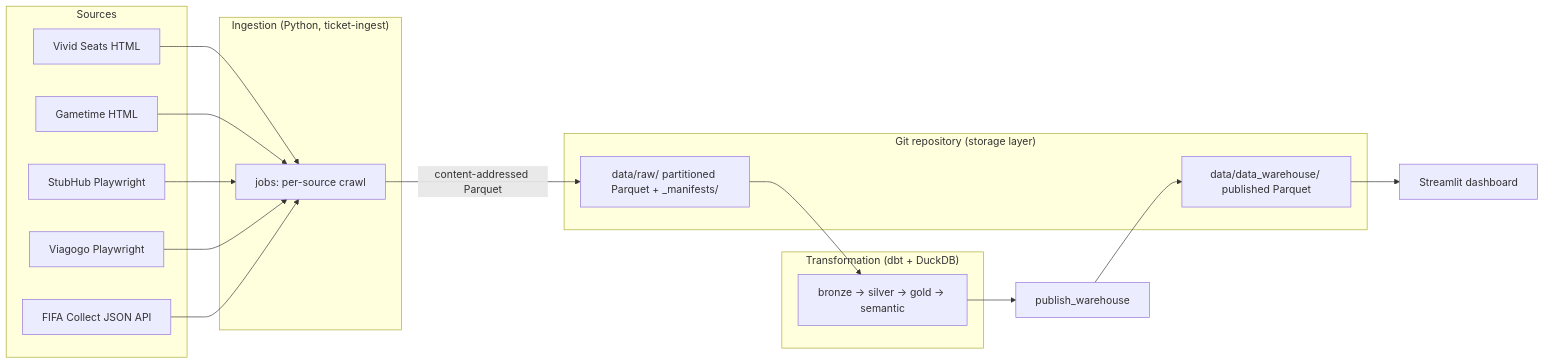
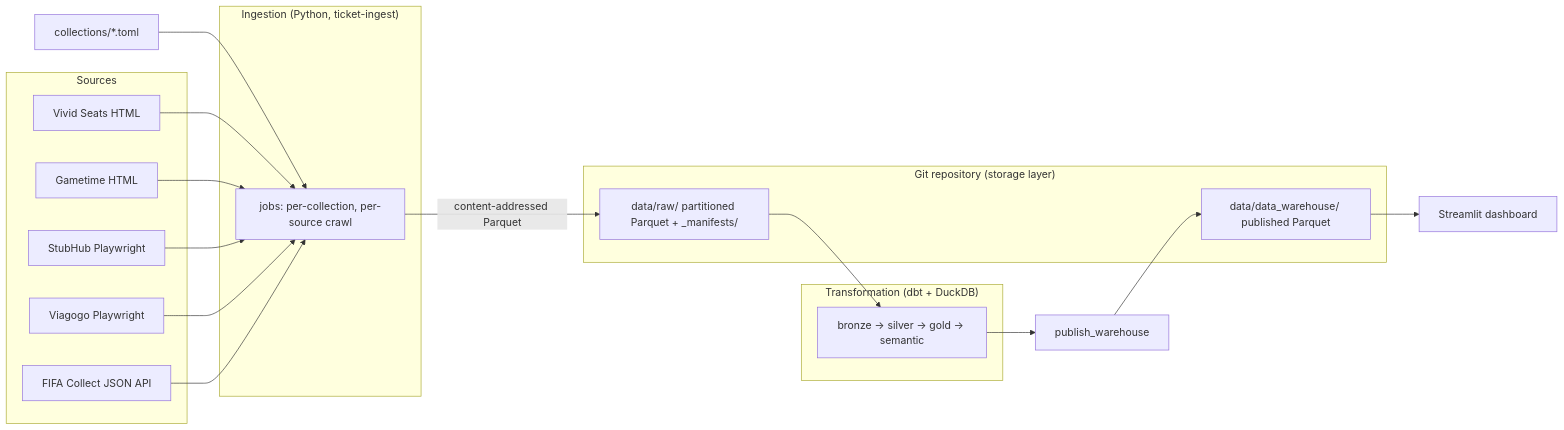
Before and after one commit to holmbergf/ticket-scraper: the first of 2 diagrams in docs/architecture.md, drawn with Mermaid. The commit also changed other lines of this file and 95 other files, not shown here.

````diff
--- a/docs/architecture.md
+++ b/docs/architecture.md
@@ -10,26 +12,28 @@
 ```mermaid
 flowchart LR
     subgraph Sources
         VS[Vivid Seats HTML]
         GT[Gametime HTML]
         SH[StubHub Playwright]
         VG[Viagogo Playwright]
         FC[FIFA Collect JSON API]
     end
+    CFG["collections/*.toml"]
     subgraph Ingestion["Ingestion (Python, ticket-ingest)"]
-        J[jobs: per-source crawl]
+        J[jobs: per-collection, per-source crawl]
     end
+    CFG --> J
     subgraph Repo["Git repository (storage layer)"]
         RAW["data/raw/ partitioned Parquet + _manifests/"]
         WH["data/data_warehouse/ published Parquet"]
     end
     subgraph Transform["Transformation (dbt + DuckDB)"]
         DBT[bronze → silver → gold → semantic]
     end
     PUB[publish_warehouse]
     DASH[Streamlit dashboard]
     VS & GT & SH & VG & FC --> J
     J -->|content-addressed Parquet| RAW
     RAW --> DBT
     DBT --> PUB --> WH --> DASH
 ```
````
